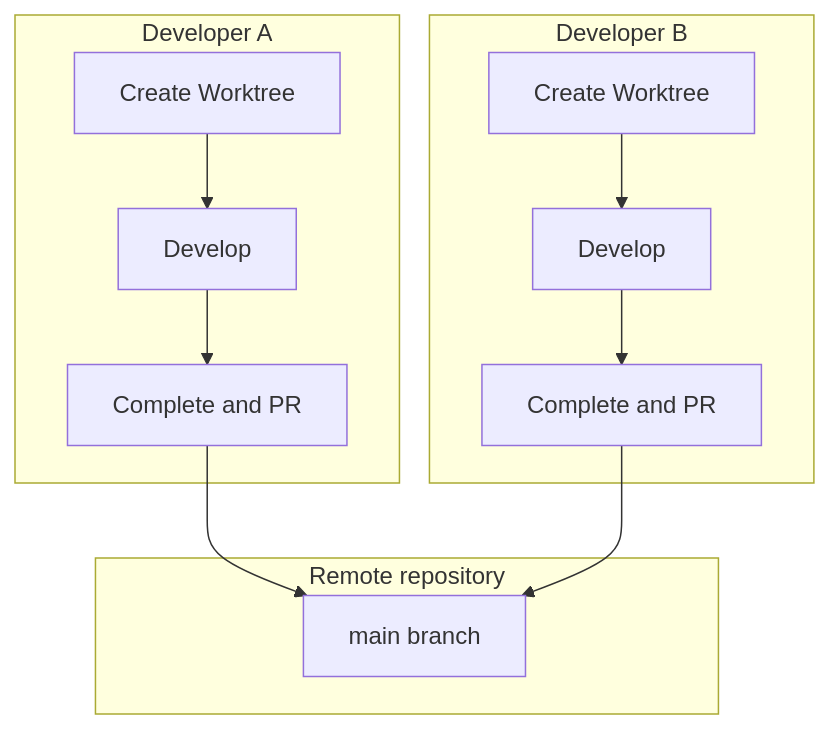
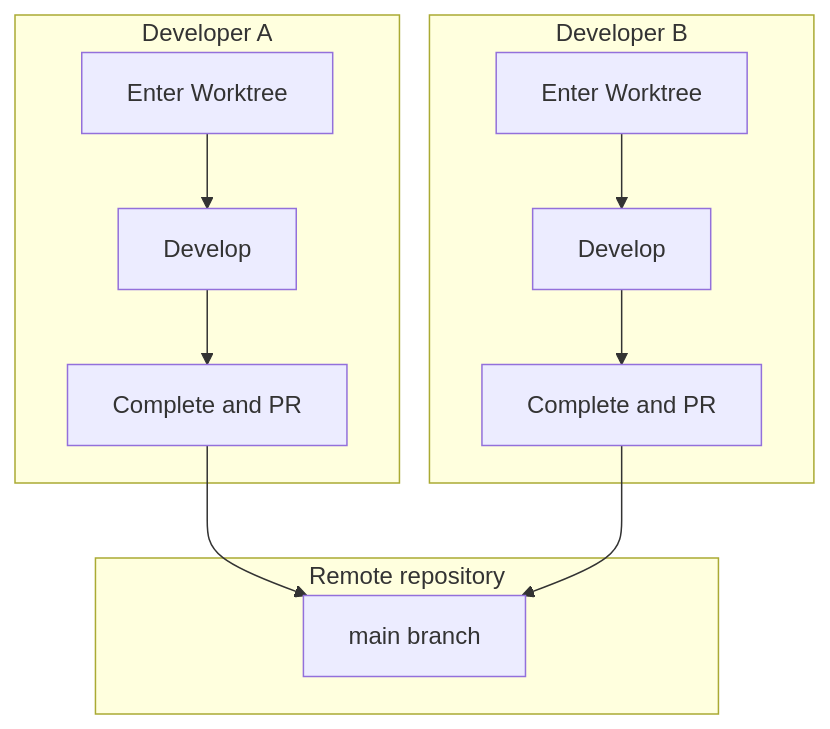
One commit to modu-ai/moai-adk changed the ninth of 9 diagrams in docs-site/content/en/worktree/faq.md. Above: the diagram before and after it, drawn with Mermaid. The commit also changed other lines of this file and 35 other files, not shown here.

````diff
--- a/docs-site/content/en/worktree/faq.md
+++ b/docs-site/content/en/worktree/faq.md
@@ -484,21 +566,21 @@
 ```mermaid
 graph TB
     subgraph DevA["Developer A"]
-        A1[Create Worktree]
+        A1[Enter Worktree]
         A2[Develop]
         A3[Complete and PR]
     end
 
     subgraph DevB["Developer B"]
-        B1[Create Worktree]
+        B1[Enter Worktree]
         B2[Develop]
         B3[Complete and PR]
     end
 
     subgraph Remote["Remote repository"]
         R[main branch]
     end
 
     A1 --> A2 --> A3 --> R
     B1 --> B2 --> B3 --> R
 ```
````
